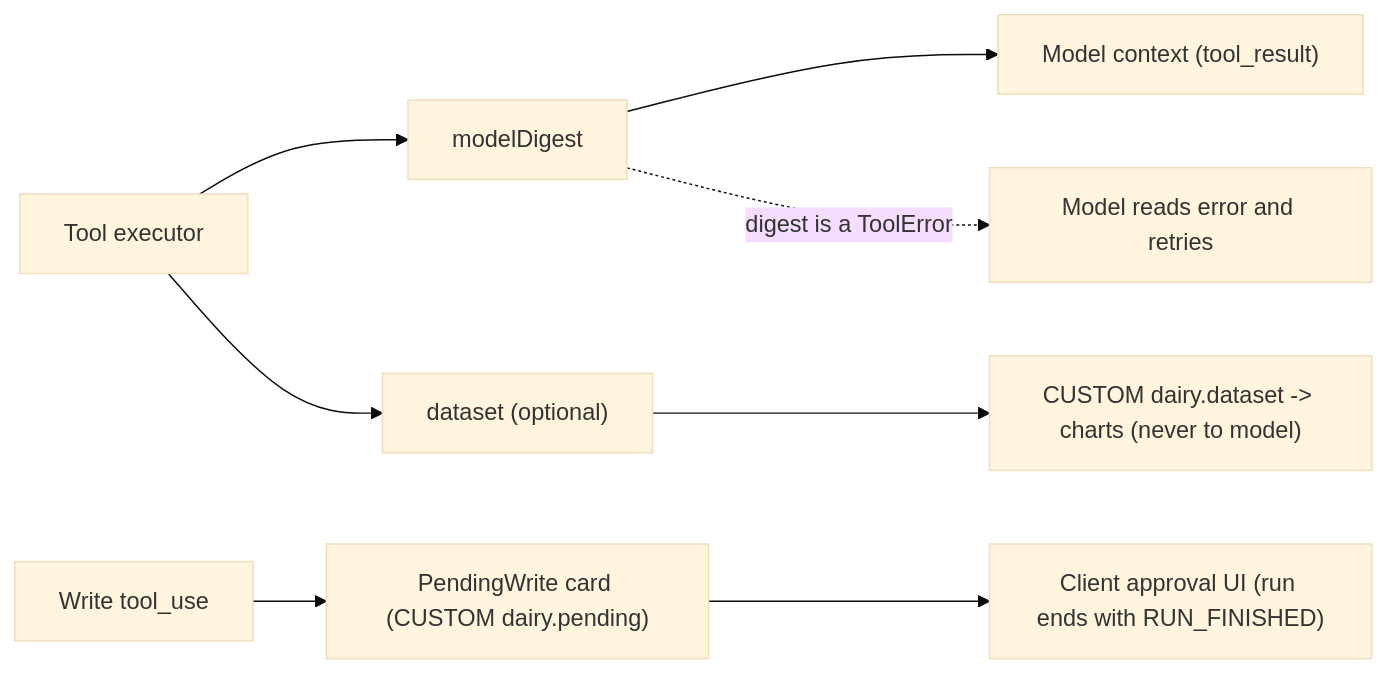
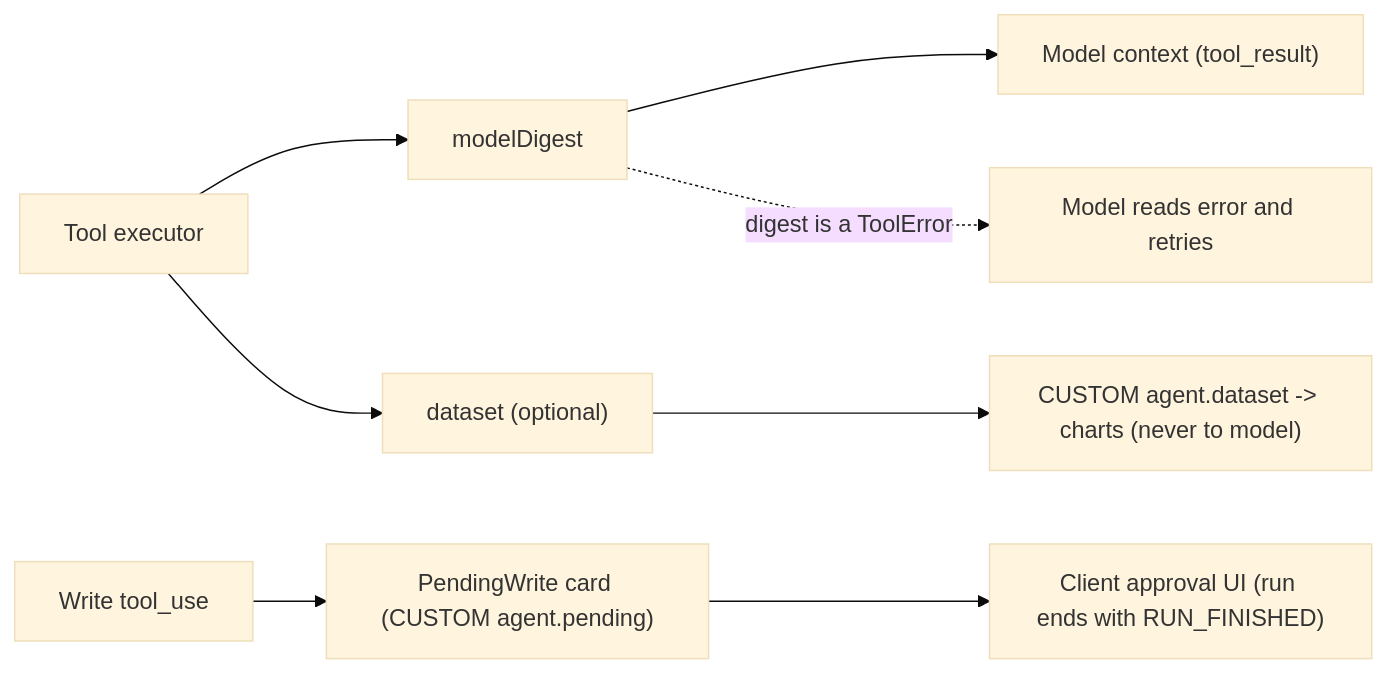
The second of 2 diagrams in docs/TECHNICAL.md (i-adnanali/dairy-agent), drawn with Mermaid (base theme) before and after one commit. The commit also changed other lines of this file and 5 other files, not shown here.

````diff
--- a/docs/TECHNICAL.md
+++ b/docs/TECHNICAL.md
@@ -149,12 +155,12 @@
 ```mermaid
 flowchart LR
     Exec["Tool executor"] --> Digest["modelDigest"]
     Exec --> Dataset["dataset (optional)"]
     Digest --> Model["Model context (tool_result)"]
-    Dataset --> Client["CUSTOM dairy.dataset -> charts (never to model)"]
+    Dataset --> Client["CUSTOM agent.dataset -> charts (never to model)"]
 
     Digest -.->|"digest is a ToolError"| Retry["Model reads error and retries"]
 
-    Write["Write tool_use"] --> Pending["PendingWrite card (CUSTOM dairy.pending)"]
+    Write["Write tool_use"] --> Pending["PendingWrite card (CUSTOM agent.pending)"]
     Pending --> UI["Client approval UI (run ends with RUN_FINISHED)"]
 ```
````
